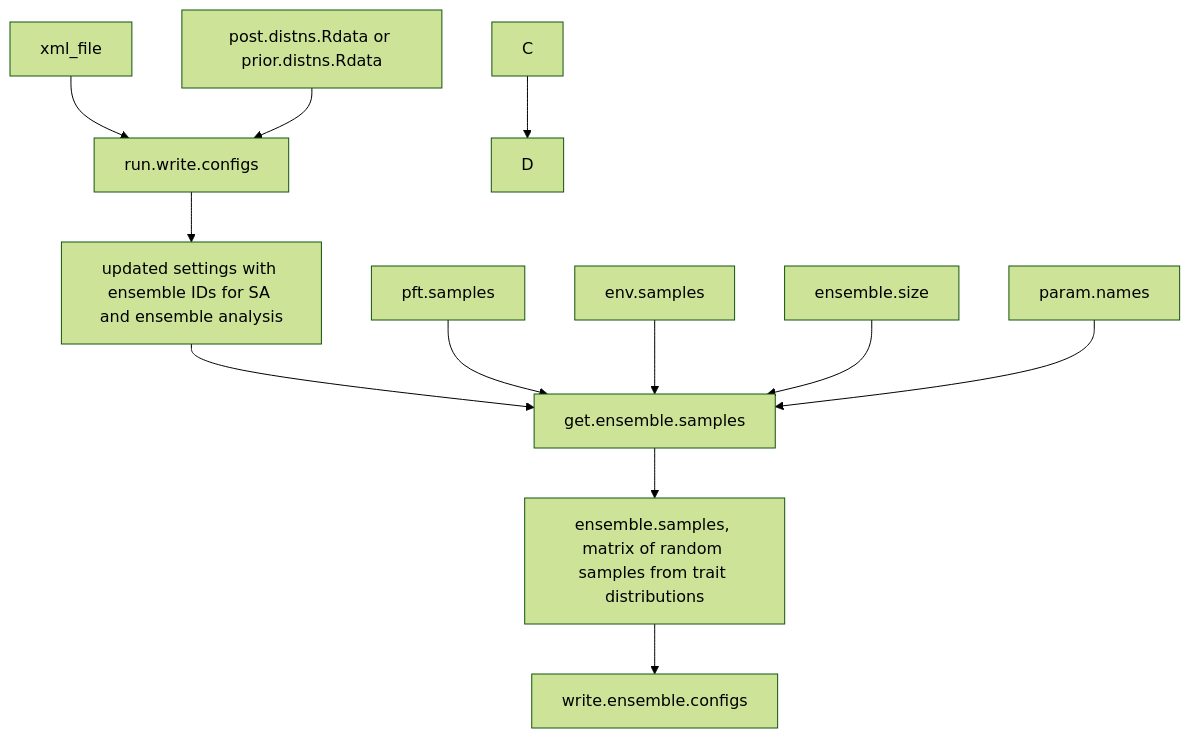
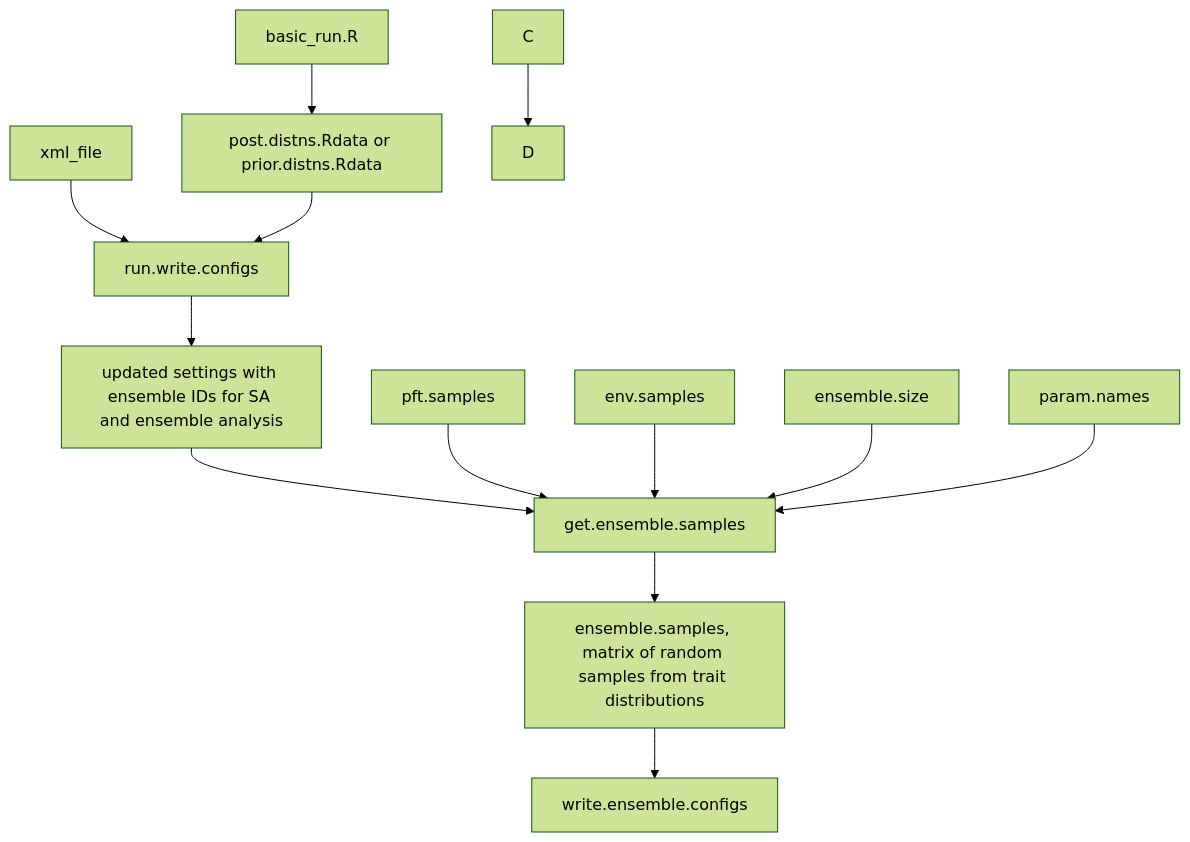
Before and after one commit to ecamo19/gsoc_project_2022_vm: the diagram in README.md, drawn with Mermaid (forest theme).

````diff
--- a/README.md
+++ b/README.md
@@ -50,14 +50,15 @@
 ```mermaid
   graph TD;
-      settings[xml_file]-->run.write.configs ;
+      settings[xml_file]-->run.write.configs;
+      basic_run.R-->posterior.files[post.distns.Rdata or prior.distns.Rdata];
       posterior.files[post.distns.Rdata or prior.distns.Rdata]-->run.write.configs;
       run.write.configs-->output_1[updated settings with ensemble IDs for SA and ensemble analysis ];
       output_1[updated settings with ensemble IDs for SA and ensemble analysis]-->get.ensemble.samples;
       input_get_ensemble_1[pft.samples]-->get.ensemble.samples;
       input_get_ensemble_2[env.samples]-->get.ensemble.samples;
       input_get_ensemble_3[ensemble.size]-->get.ensemble.samples;
       input_get_ensemble_4[param.names]-->get.ensemble.samples;
       get.ensemble.samples--> output_get_ensemble[ensemble.samples, matrix of random samples from trait distributions];
       output_get_ensemble[ensemble.samples, matrix of random samples from trait distributions]-->write.ensemble.configs;
       C-->D;
 ```
````
